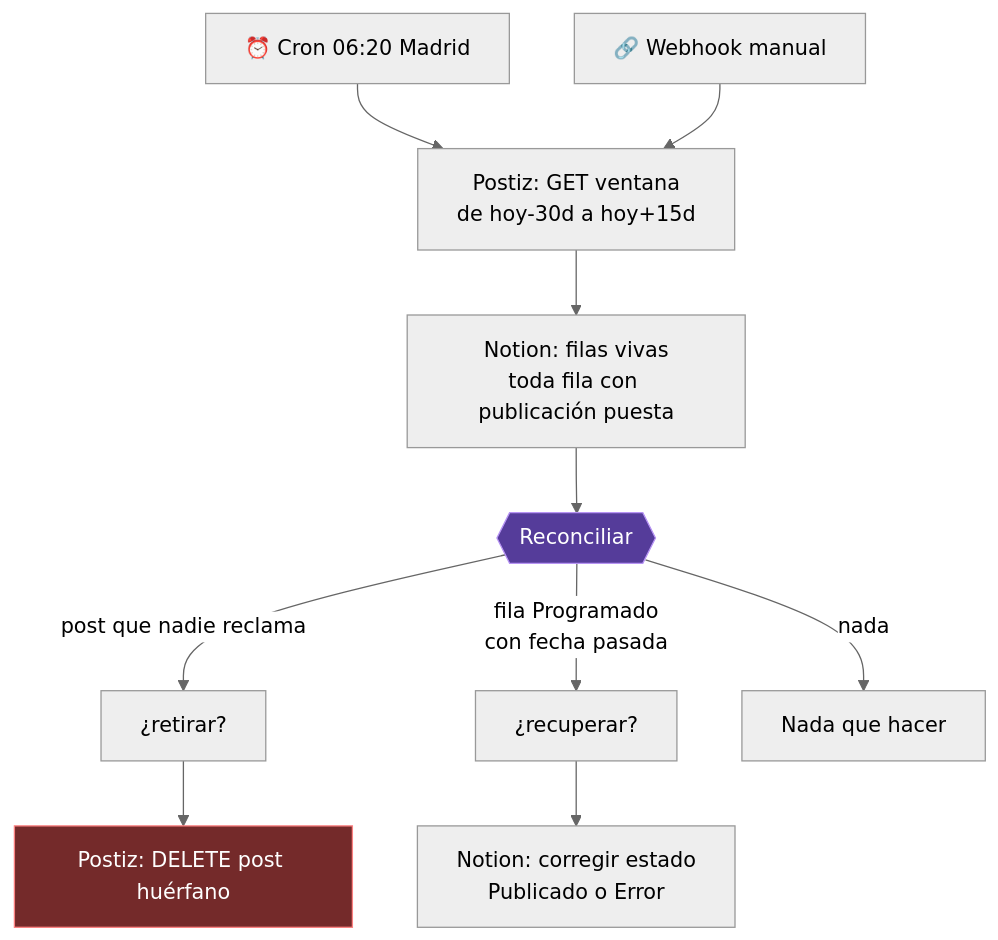
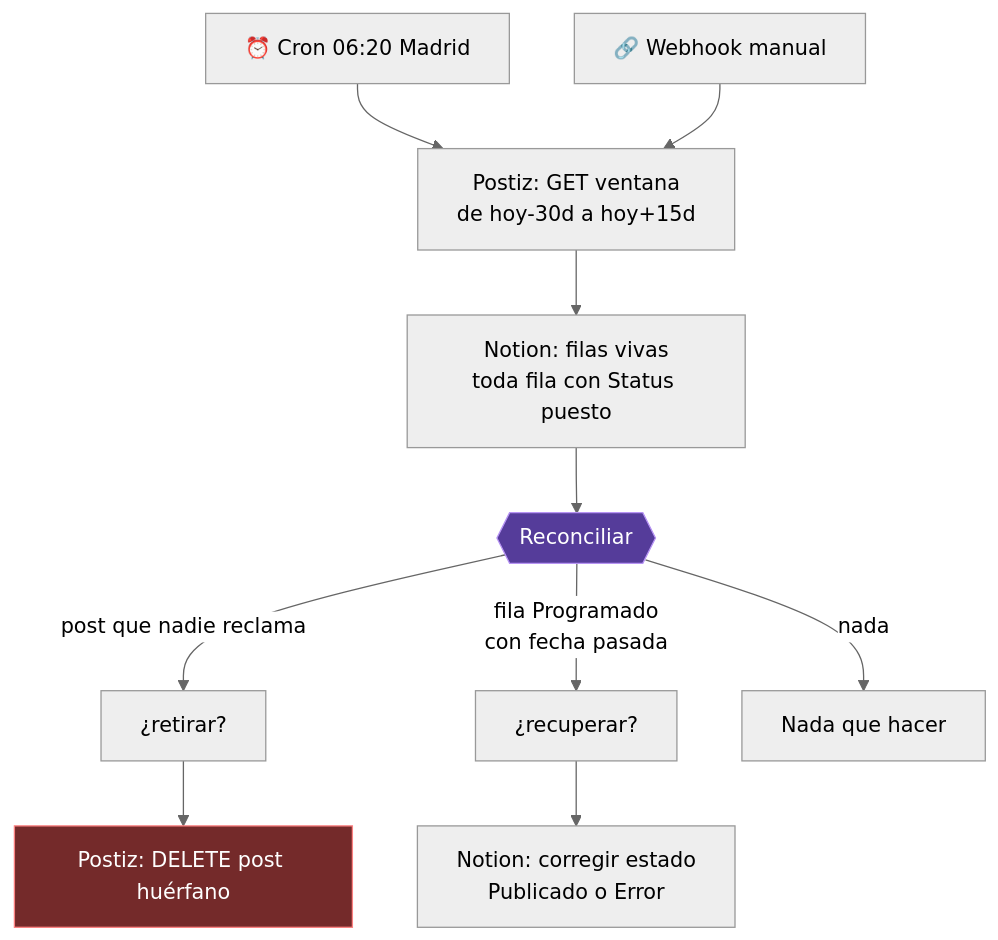
One commit to dustin-calderon/postiz-app changed the fifth of 11 diagrams in docs/architecture/CONTENT_PIPELINE_DIAGRAMS.md. Above: the diagram before and after it, drawn with Mermaid (neutral theme). The commit also changed other lines of this file and 1 other file, not shown here.

````diff
--- a/docs/architecture/CONTENT_PIPELINE_DIAGRAMS.md
+++ b/docs/architecture/CONTENT_PIPELINE_DIAGRAMS.md
@@ -193,17 +193,17 @@
 ```mermaid
 flowchart TD
     CR["⏰ Cron 06:20 Madrid"] --> GP["Postiz: GET ventana<br/>de hoy-30d a hoy+15d"]
     WM["🔗 Webhook manual"] --> GP
-    GP --> GN["Notion: filas vivas<br/>toda fila con publicación puesta"]
+    GP --> GN["Notion: filas vivas<br/>toda fila con Status puesto"]
     GN --> RECON{{"Reconciliar"}}
 
     RECON -->|"post que nadie reclama"| QR["¿retirar?"]
     RECON -->|"fila Programado<br/>con fecha pasada"| QREC["¿recuperar?"]
     RECON -->|"nada"| NN["Nada que hacer"]
 
     QR --> DP["Postiz: DELETE post huérfano"]
     QREC --> CE["Notion: corregir estado<br/>Publicado o Error"]
 
     style RECON fill:#553c9a,stroke:#b794f4,color:#fff
     style DP fill:#742a2a,stroke:#fc8181,color:#fff
 ```
````
